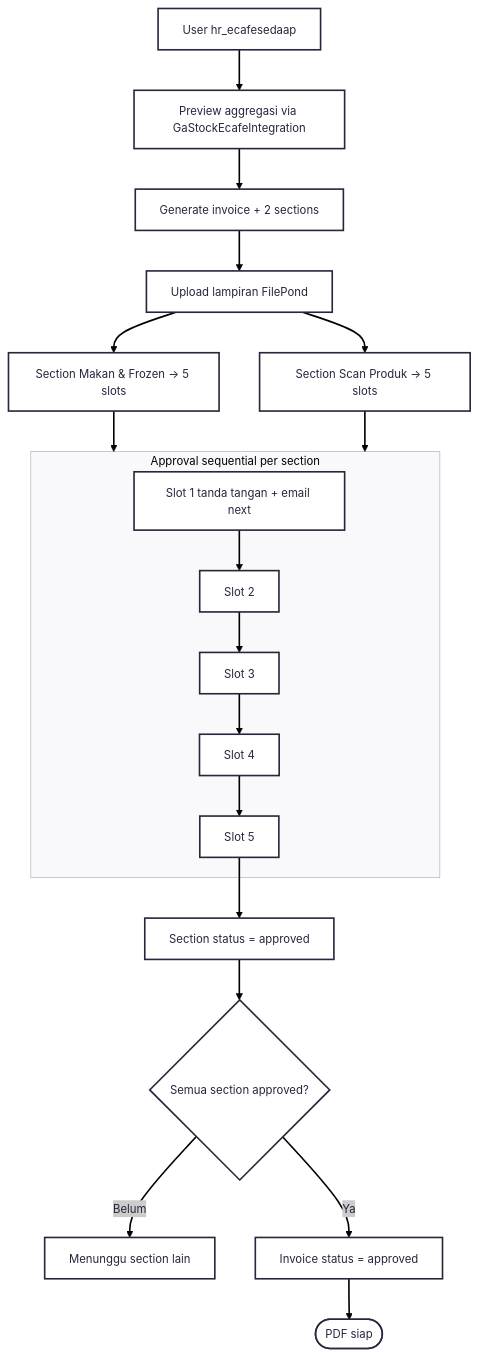
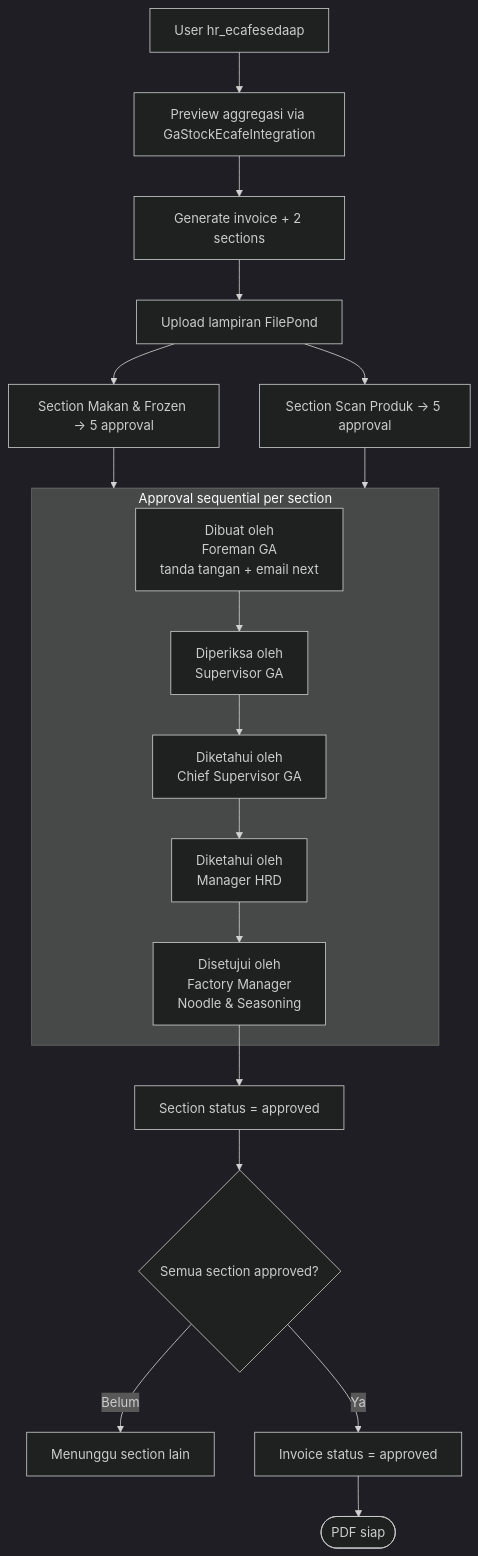
Before and after one commit to asrofilnadib/asrofilnadib.github.io: the diagram in projects/briefs/ecafe-invoice/diagram/flowchart.md, drawn with Mermaid. The commit also changed other lines of this file and 2 other files, not shown here.

Commit message:
feat(portfolio): update E-Cafe Invoice flowchart and project description
Revised the E-Cafe Invoice flowchart to reflect an updated 5-level approval chain, enhancing clarity and accuracy. Updated project descriptions in both HTML and Markdown files to provide more detailed information about the approval process. Improved SVG handling for the flowchart to ensure consistent rendering across platforms.

````diff
--- a/projects/briefs/ecafe-invoice/diagram/flowchart.md
+++ b/projects/briefs/ecafe-invoice/diagram/flowchart.md
@@ -36,29 +37,29 @@
 ```mermaid
 ---
 config:
-  theme: redux
+  theme: dark
 ---
 flowchart TB
   U[User hr_ecafesedaap] --> PRE[Preview aggregasi via GaStockEcafeIntegration]
   PRE --> GEN[Generate invoice + 2 sections]
   GEN --> ATT[Upload lampiran FilePond]
-  ATT --> S1[Section Makan & Frozen → 5 slots]
-  ATT --> S2[Section Scan Produk → 5 slots]
+  ATT --> S1[Section Makan & Frozen → 5 approval]
+  ATT --> S2[Section Scan Produk → 5 approval]
 
   subgraph APPROVAL_SECTION["Approval sequential per section"]
-    A1[Slot 1 tanda tangan + email next]
-    A2[Slot 2]
-    A3[Slot 3]
-    A4[Slot 4]
-    A5[Slot 5]
+    A1["Dibuat oleh<br/>Foreman GA<br/>tanda tangan + email next"]
+    A2["Diperiksa oleh<br/>Supervisor GA"]
+    A3["Diketahui oleh<br/>Chief Supervisor GA"]
+    A4["Diketahui oleh<br/>Manager HRD"]
+    A5["Disetujui oleh<br/>Factory Manager<br/>Noodle & Seasoning"]
     A1 --> A2 --> A3 --> A4 --> A5
   end
 
   S1 --> APPROVAL_SECTION
   S2 --> APPROVAL_SECTION
   A5 --> SEC[Section status = approved]
   SEC --> ALL{Semua section approved?}
   ALL -->|Belum| WAIT[Menunggu section lain]
   ALL -->|Ya| INV[Invoice status = approved]
   INV --> PDF([PDF siap])
 ```
````
